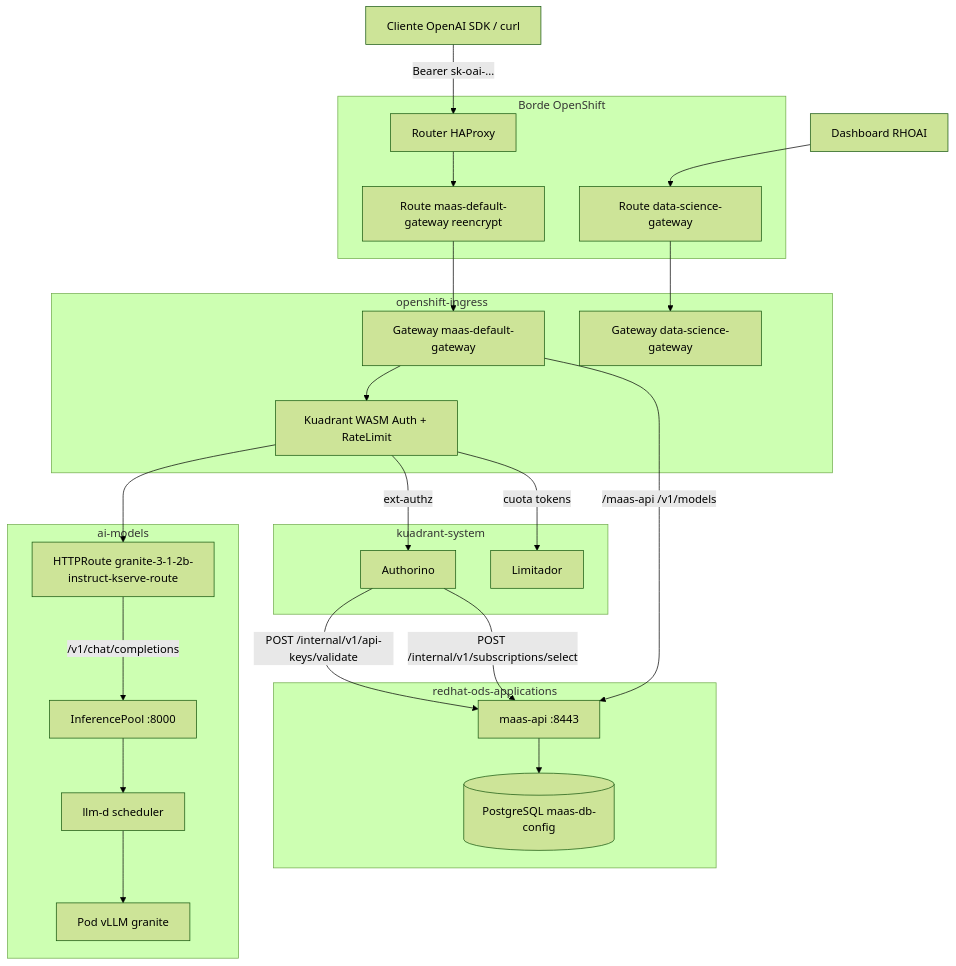
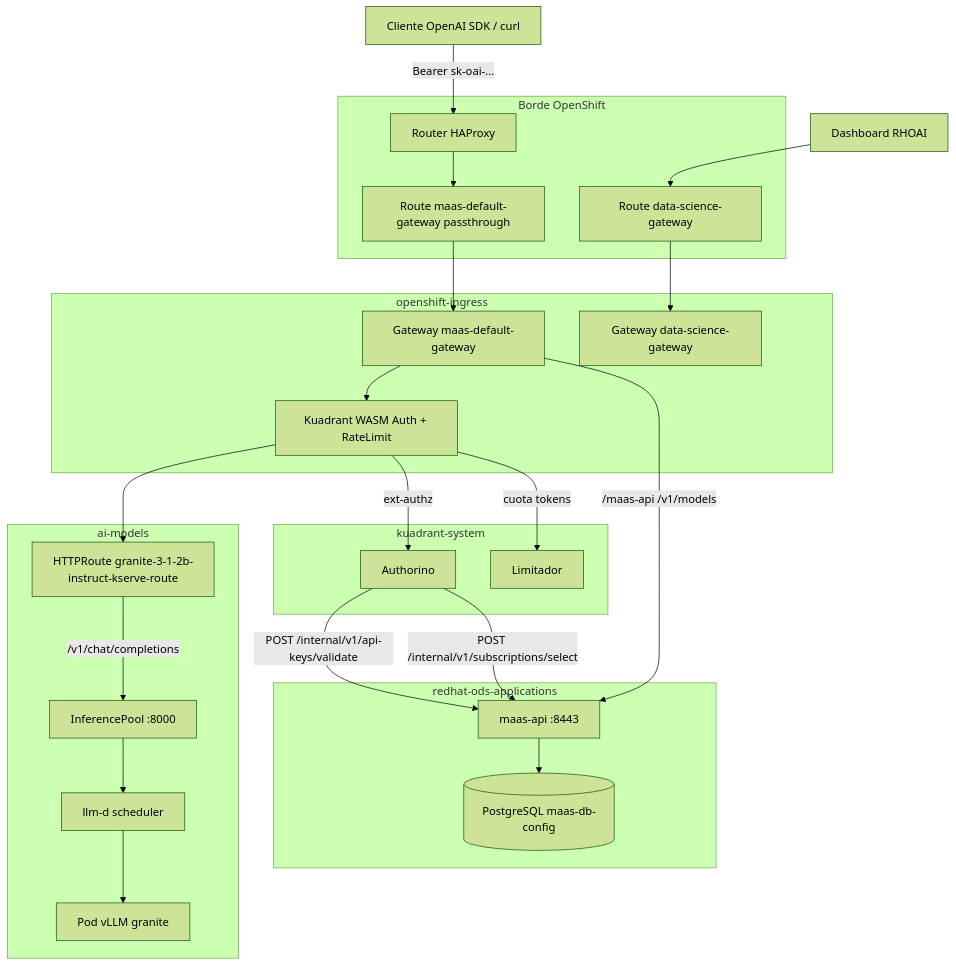
One commit to abelluque/rhoai-helm changed the first of 4 diagrams in ARCHITECTURE.md. Above: the diagram before and after it, drawn with Mermaid (forest theme). The commit also changed other lines of this file and 16 other files, not shown here.

````diff
--- a/ARCHITECTURE.md
+++ b/ARCHITECTURE.md
@@ -168,48 +170,48 @@
 ```mermaid
 flowchart TB
   client[Cliente OpenAI SDK / curl]
   dash[Dashboard RHOAI]
 
   subgraph edge [Borde OpenShift]
     router[Router HAProxy]
-    routeGw["Route maas-default-gateway reencrypt"]
+    routeGw["Route maas-default-gateway passthrough"]
     routeDs["Route data-science-gateway"]
   end
 
   subgraph gwNs [openshift-ingress]
     gw["Gateway maas-default-gateway"]
     wasm[Kuadrant WASM Auth + RateLimit]
     dsGw[Gateway data-science-gateway]
   end
 
   subgraph kuadrantNs [kuadrant-system]
     authorino[Authorino]
     limitador[Limitador]
   end
 
   subgraph maasNs [redhat-ods-applications]
     maasApi[maas-api :8443]
     pg[(PostgreSQL maas-db-config)]
   end
 
   subgraph modelsNs [ai-models]
     httproute["HTTPRoute granite-3-1-2b-instruct-kserve-route"]
     pool[InferencePool :8000]
     sched[llm-d scheduler]
     vllm[Pod vLLM granite]
   end
 
   client -->|"Bearer sk-oai-..."| router
   dash --> routeDs --> dsGw
   router --> routeGw --> gw
   gw --> wasm
   wasm -->|"ext-authz"| authorino
   authorino -->|"POST /internal/v1/api-keys/validate"| maasApi
   authorino -->|"POST /internal/v1/subscriptions/select"| maasApi
   maasApi --> pg
   wasm -->|"cuota tokens"| limitador
   wasm --> httproute
   httproute -->|"/v1/chat/completions"| pool
   pool --> sched --> vllm
   gw -->|"/maas-api /v1/models"| maasApi
 ```
````
